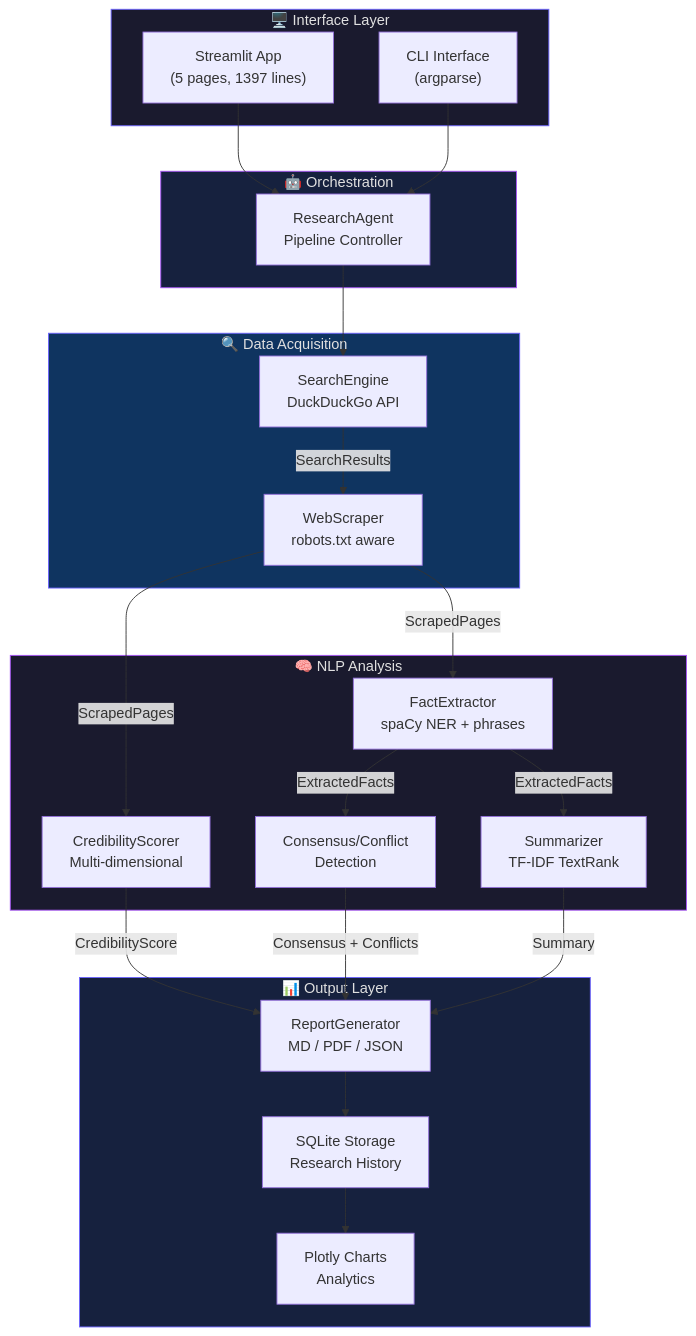
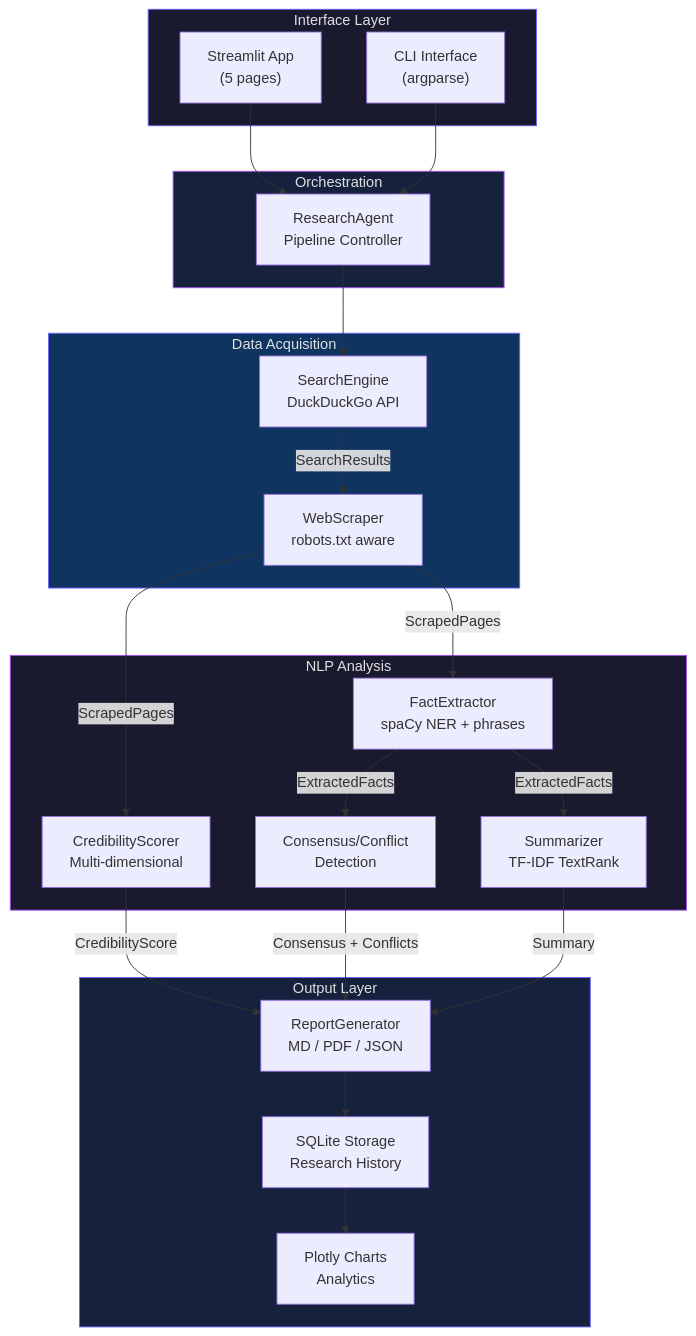
The first of 2 diagrams in README.md (Akasxh/veridex), drawn with Mermaid before and after one commit. The commit also changed other lines of this file and 1 other file, not shown here.

````diff
--- a/README.md
+++ b/README.md
@@ -85,49 +85,49 @@
 ```mermaid
 graph TD
-    subgraph Interface["🖥️ Interface Layer"]
-        UI["Streamlit App<br/>(5 pages, 1397 lines)"]
+    subgraph Interface["Interface Layer"]
+        UI["Streamlit App<br/>(5 pages)"]
         CLI["CLI Interface<br/>(argparse)"]
     end
 
-    subgraph Agent["🤖 Orchestration"]
+    subgraph Agent["Orchestration"]
         RA["ResearchAgent<br/>Pipeline Controller"]
     end
 
-    subgraph Search["🔍 Data Acquisition"]
+    subgraph Search["Data Acquisition"]
         SE["SearchEngine<br/>DuckDuckGo API"]
         WS["WebScraper<br/>robots.txt aware"]
     end
 
-    subgraph Analysis["🧠 NLP Analysis"]
+    subgraph Analysis["NLP Analysis"]
         FE["FactExtractor<br/>spaCy NER + phrases"]
         CS["CredibilityScorer<br/>Multi-dimensional"]
         SUM["Summarizer<br/>TF-IDF TextRank"]
         CDC["Consensus/Conflict<br/>Detection"]
     end
 
-    subgraph Output["📊 Output Layer"]
+    subgraph Output["Output Layer"]
         RG["ReportGenerator<br/>MD / PDF / JSON"]
         ST["SQLite Storage<br/>Research History"]
         PLT["Plotly Charts<br/>Analytics"]
     end
 
     UI --> RA
     CLI --> RA
     RA --> SE
     SE -->|SearchResults| WS
     WS -->|ScrapedPages| FE
     WS -->|ScrapedPages| CS
     FE -->|ExtractedFacts| CDC
     FE -->|ExtractedFacts| SUM
     CS -->|CredibilityScore| RG
     CDC -->|Consensus + Conflicts| RG
     SUM -->|Summary| RG
     RG --> ST
     ST --> PLT
 
     style Interface fill:#1a1a2e,stroke:#6c63ff,color:#e0e0e0
     style Agent fill:#16213e,stroke:#a855f7,color:#e0e0e0
     style Search fill:#0f3460,stroke:#6c63ff,color:#e0e0e0
     style Analysis fill:#1a1a2e,stroke:#a855f7,color:#e0e0e0
     style Output fill:#16213e,stroke:#6c63ff,color:#e0e0e0
 ```
````
